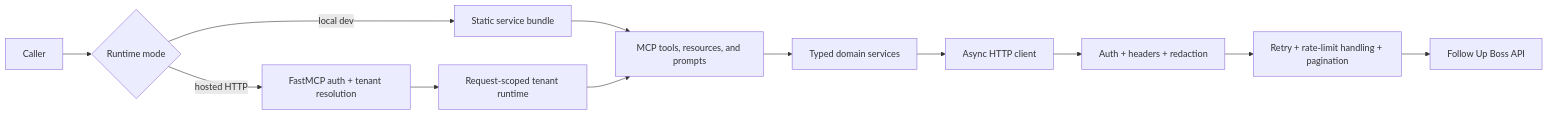
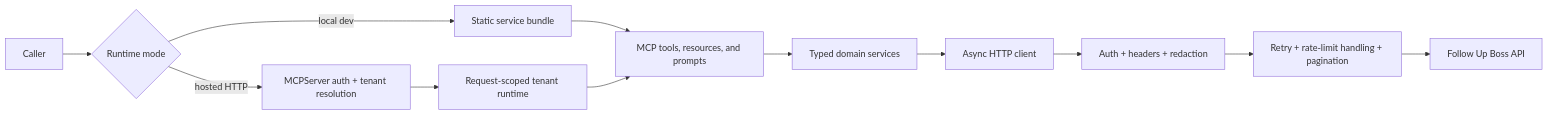
One commit to theperrygroup/Follow-Up-Boss-MCP changed the diagram in docs/architecture.md. Above: the diagram before and after it, drawn with Mermaid. The commit also changed other lines of this file and 47 other files, not shown here.

````diff
--- a/docs/architecture.md
+++ b/docs/architecture.md
@@ -117,14 +171,14 @@
 ```mermaid
 flowchart LR
     A["Caller"] --> B{"Runtime mode"}
     B -->|"local dev"| C["Static service bundle"]
-    B -->|"hosted HTTP"| D["FastMCP auth + tenant resolution"]
+    B -->|"hosted HTTP"| D["MCPServer auth + tenant resolution"]
     D --> E["Request-scoped tenant runtime"]
     C --> F["MCP tools, resources, and prompts"]
     E --> F
     F --> G["Typed domain services"]
     G --> H["Async HTTP client"]
     H --> I["Auth + headers + redaction"]
     I --> J["Retry + rate-limit handling + pagination"]
     J --> K["Follow Up Boss API"]
 ```
````
